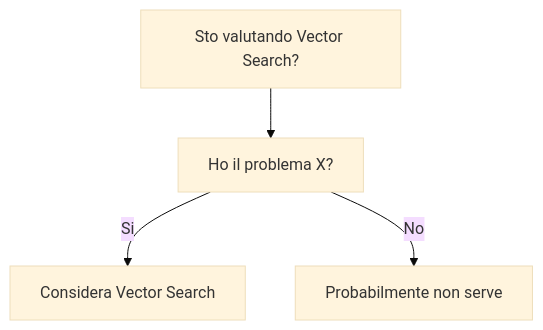
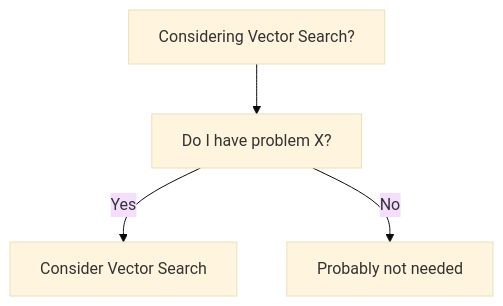
One commit to HxT9/Software-Dev-Wiki changed the diagram in dev-wiki/22_AI_ML_Integration/Vector_Search/When_To_Use.md. Above: the diagram before and after it, drawn with Mermaid (base theme). The commit also changed other lines of this file and 3444 other files, not shown here.

````diff
--- a/dev-wiki/22_AI_ML_Integration/Vector_Search/When_To_Use.md
+++ b/dev-wiki/22_AI_ML_Integration/Vector_Search/When_To_Use.md
@@ -19,6 +19,6 @@
 ```mermaid
 flowchart TD
-  Q[Sto valutando Vector Search?] --> Q1[Ho il problema X?]
-  Q1 -->|Si| OK[Considera Vector Search]
-  Q1 -->|No| NO[Probabilmente non serve]
+  Q[Considering Vector Search?] --> Q1[Do I have problem X?]
+  Q1 -->|Yes| OK[Consider Vector Search]
+  Q1 -->|No| NO[Probably not needed]
 ```
````
